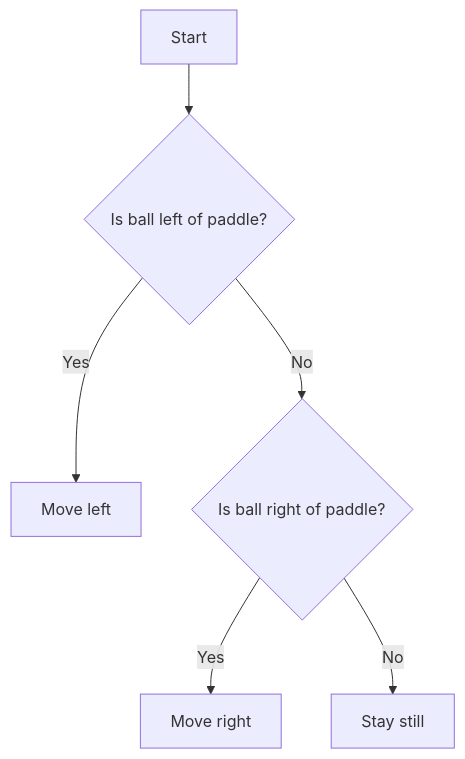
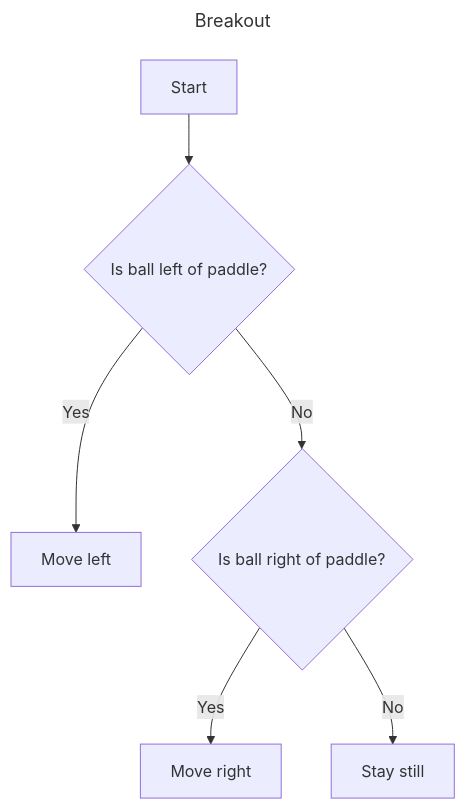
Before and after one commit to maclong9/harvard-compsci: the first of 2 diagrams in Introduction/07-Artificial-Intelligence/README.md, drawn with Mermaid. The commit also changed other lines of this file, not shown here.

````diff
--- a/Introduction/07-Artificial-Intelligence/README.md
+++ b/Introduction/07-Artificial-Intelligence/README.md
@@ -13,8 +13,11 @@
 ``` mermaid
+---
+title: Breakout
+---
 graph TD
     A[Start] --> B{Is ball left of paddle?}
     B -- Yes --> C[Move left]
     B -- No --> D{Is ball right of paddle?}
     D -- Yes --> E[Move right]
     D -- No --> F[Stay still]
 ```
````
